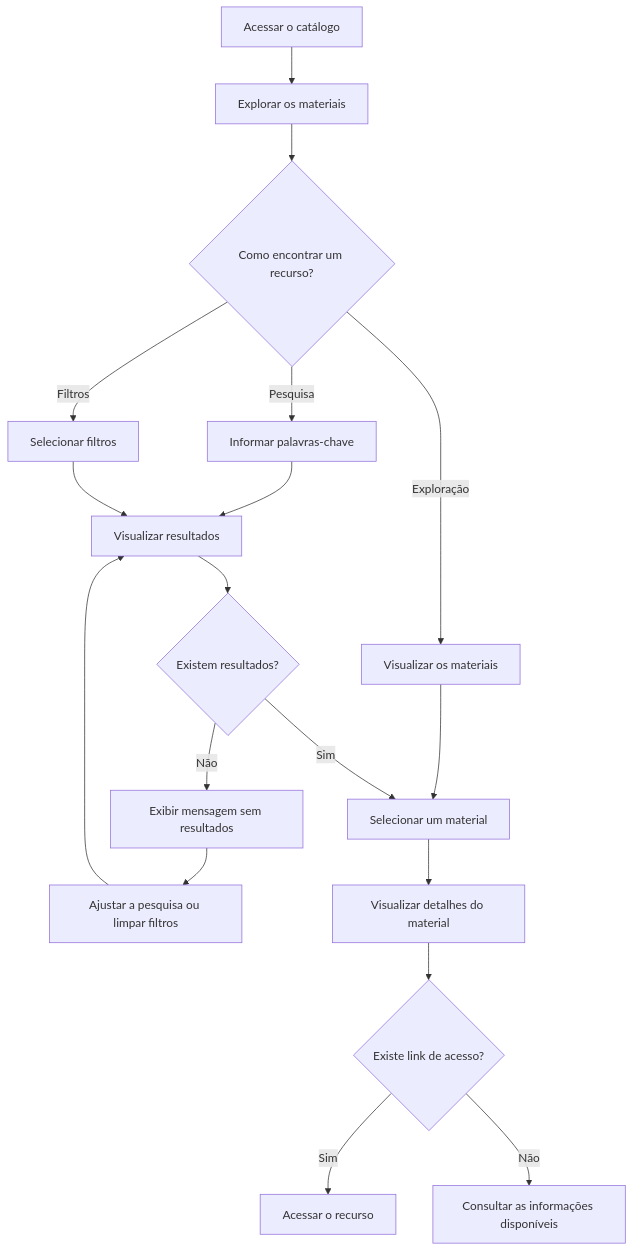
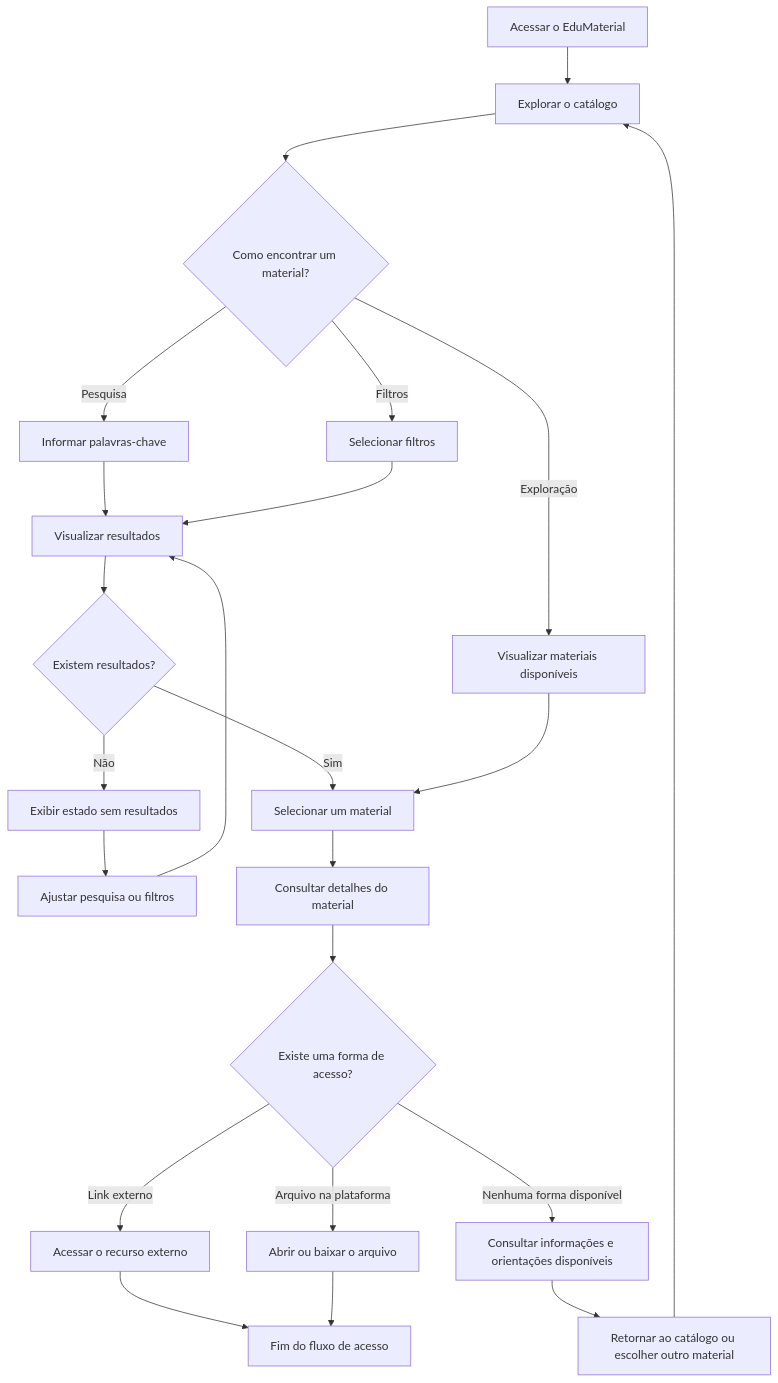
The diagram in docs/ux-ui/user-flow.md (pedroalbuqu3rque/edumaterial_1), drawn with Mermaid before and after one commit. The commit also changed other lines of this file, not shown here.

Commit message:
user-flow.md

````diff
--- a/docs/ux-ui/user-flow.md
+++ b/docs/ux-ui/user-flow.md
@@ -9,20 +23,36 @@
 ```mermaid
 flowchart TD
-    A[Acessar o catálogo] --> B[Explorar os materiais]
-    B --> C{Como encontrar um recurso?}
+    A[Acessar o EduMaterial] --> B[Explorar o catálogo]
+
+    B --> C{Como encontrar um material?}
+
     C -->|Pesquisa| D[Informar palavras-chave]
     C -->|Filtros| E[Selecionar filtros]
-    C -->|Exploração| F[Visualizar os materiais]
+    C -->|Exploração| F[Visualizar materiais disponíveis]
+
     D --> G[Visualizar resultados]
     E --> G
-    F --> H[Selecionar um material]
-    G --> I{Existem resultados?}
-    I -->|Sim| H
-    I -->|Não| J[Exibir mensagem sem resultados]
-    J --> K[Ajustar a pesquisa ou limpar filtros]
+
+    G --> H{Existem resultados?}
+
+    H -->|Sim| I[Selecionar um material]
+    H -->|Não| J[Exibir estado sem resultados]
+
+    J --> K[Ajustar pesquisa ou filtros]
     K --> G
-    H --> L[Visualizar detalhes do material]
-    L --> M{Existe link de acesso?}
-    M -->|Sim| N[Acessar o recurso]
-    M -->|Não| O[Consultar as informações disponíveis]
+
+    F --> I
+
+    I --> L[Consultar detalhes do material]
+
+    L --> M{Existe uma forma de acesso?}
+
+    M -->|Link externo| N[Acessar o recurso externo]
+    M -->|Arquivo na plataforma| O[Abrir ou baixar o arquivo]
+    M -->|Nenhuma forma disponível| P[Consultar informações e orientações disponíveis]
+
+    N --> Q[Fim do fluxo de acesso]
+    O --> Q
+    P --> R[Retornar ao catálogo ou escolher outro material]
+    R --> B
 ```
````
